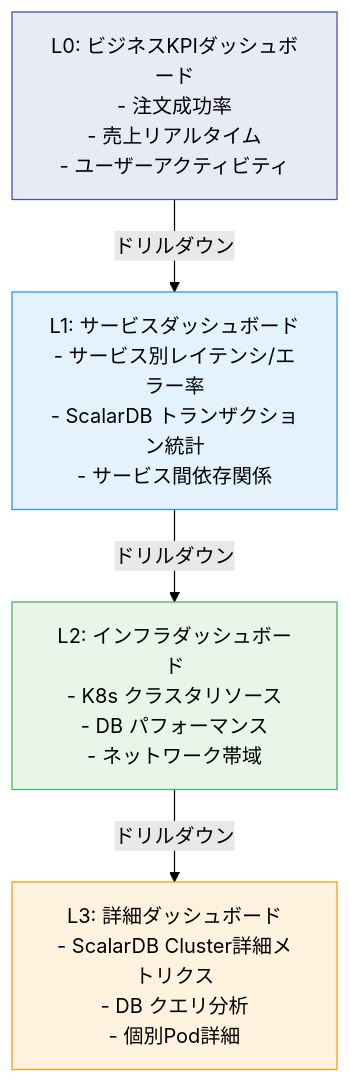
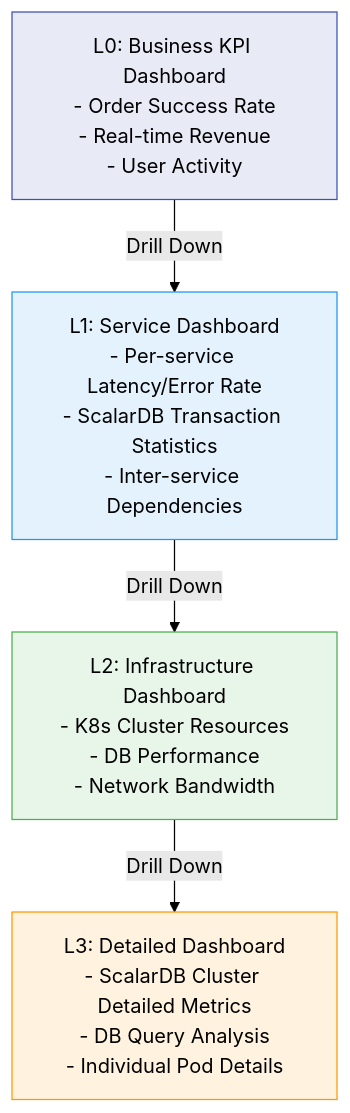
Before and after one commit to wfukatsu/nexus-architect: the fifth of 6 diagrams in workflow/greenfield/09_observability_design.md, drawn with Mermaid (forest theme). The commit also changed other lines of this file and 6 other files, not shown here.

````diff
--- a/workflow/greenfield/09_observability_design.md
+++ b/workflow/greenfield/09_observability_design.md
@@ -497,16 +497,16 @@
 ```mermaid
 flowchart TB
-    L0["L0: ビジネスKPIダッシュボード<br/>- 注文成功率<br/>- 売上リアルタイム<br/>- ユーザーアクティビティ"]
-    L1["L1: サービスダッシュボード<br/>- サービス別レイテンシ/エラー率<br/>- ScalarDB トランザクション統計<br/>- サービス間依存関係"]
-    L2["L2: インフラダッシュボード<br/>- K8s クラスタリソース<br/>- DB パフォーマンス<br/>- ネットワーク帯域"]
-    L3["L3: 詳細ダッシュボード<br/>- ScalarDB Cluster詳細メトリクス<br/>- DB クエリ分析<br/>- 個別Pod詳細"]
+    L0["L0: Business KPI Dashboard<br/>- Order Success Rate<br/>- Real-time Revenue<br/>- User Activity"]
+    L1["L1: Service Dashboard<br/>- Per-service Latency/Error Rate<br/>- ScalarDB Transaction Statistics<br/>- Inter-service Dependencies"]
+    L2["L2: Infrastructure Dashboard<br/>- K8s Cluster Resources<br/>- DB Performance<br/>- Network Bandwidth"]
+    L3["L3: Detailed Dashboard<br/>- ScalarDB Cluster Detailed Metrics<br/>- DB Query Analysis<br/>- Individual Pod Details"]
 
-    L0 -->|"ドリルダウン"| L1
-    L1 -->|"ドリルダウン"| L2
-    L2 -->|"ドリルダウン"| L3
+    L0 -->|"Drill Down"| L1
+    L1 -->|"Drill Down"| L2
+    L2 -->|"Drill Down"| L3
 
     style L0 fill:#e8eaf6,stroke:#3f51b5
     style L1 fill:#e3f2fd,stroke:#2196f3
     style L2 fill:#e8f5e9,stroke:#4caf50
     style L3 fill:#fff3e0,stroke:#ff9800
 ```
````
